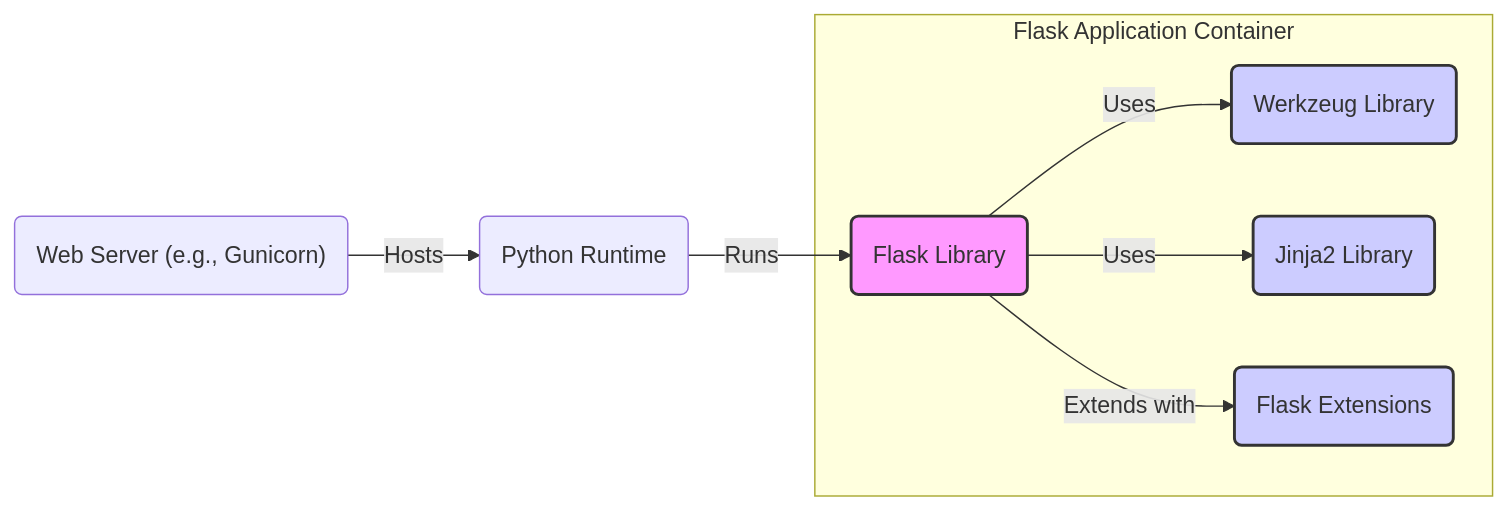
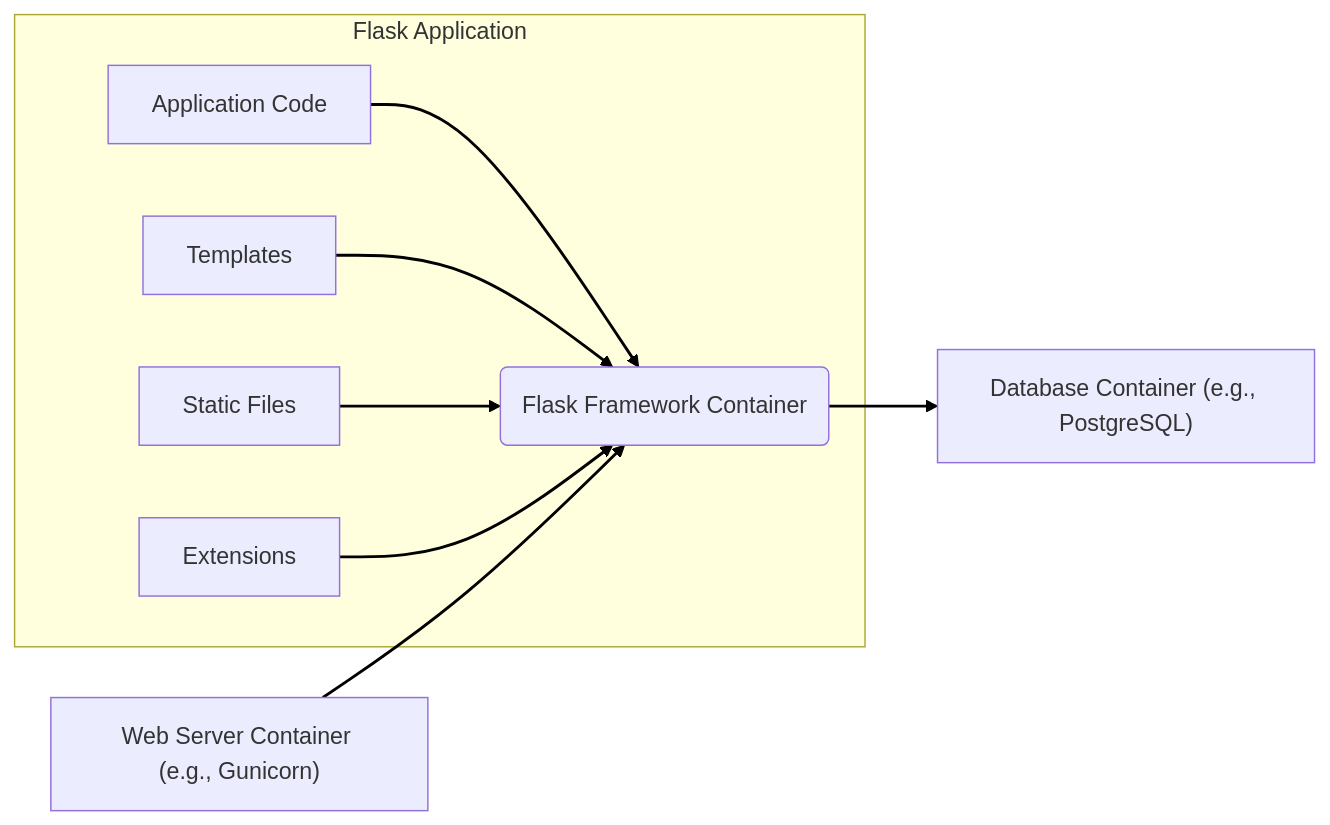
Before and after one commit to xvnpw/ai-security-analyzer: the second of 4 diagrams in examples/deep-analysis/gemini-2.0-flash-thinking-exp/github-da-sec-design-flask-gemini-2.0-flash-thinking-exp.md, drawn with Mermaid. The commit also changed other lines of this file and 102 other files, not shown here.

````diff
--- a/examples/deep-analysis/gemini-2.0-flash-thinking-exp/github-da-sec-design-flask-gemini-2.0-flash-thinking-exp.md
+++ b/examples/deep-analysis/gemini-2.0-flash-thinking-exp/github-da-sec-design-flask-gemini-2.0-flash-thinking-exp.md
@@ -101,23 +134,21 @@
 ```mermaid
 flowchart LR
-    subgraph "Flask Application Container"
-        flask_lib("Flask Library")
-        werkzeug_lib("Werkzeug Library")
-        jinja2_lib("Jinja2 Library")
-        extensions("Flask Extensions")
+    subgraph "Flask Application"
+        A("Flask Framework Container")
+        B["Application Code"]
+        C["Templates"]
+        D["Static Files"]
+        E["Extensions"]
     end
+    F["Web Server Container (e.g., Gunicorn)"]
+    G["Database Container (e.g., PostgreSQL)"]
 
-    web_server("Web Server (e.g., Gunicorn)")
-    python_runtime("Python Runtime")
+    B --> A
+    C --> A
+    D --> A
+    E --> A
+    F --> A
+    A --> G
 
-    web_server -- "Hosts" --> python_runtime
-    python_runtime -- "Runs" --> flask_lib
-    flask_lib -- "Uses" --> werkzeug_lib
-    flask_lib -- "Uses" --> jinja2_lib
-    flask_lib -- "Extends with" --> extensions
-
-    style flask_lib fill:#f9f,stroke:#333,stroke-width:2px
-    style werkzeug_lib fill:#ccf,stroke:#333,stroke-width:2px
-    style jinja2_lib fill:#ccf,stroke:#333,stroke-width:2px
-    style extensions fill:#ccf,stroke:#333,stroke-width:2px
+    linkStyle 0,1,2,3,4,5 stroke-width:2px,stroke:black;
 ```
````
